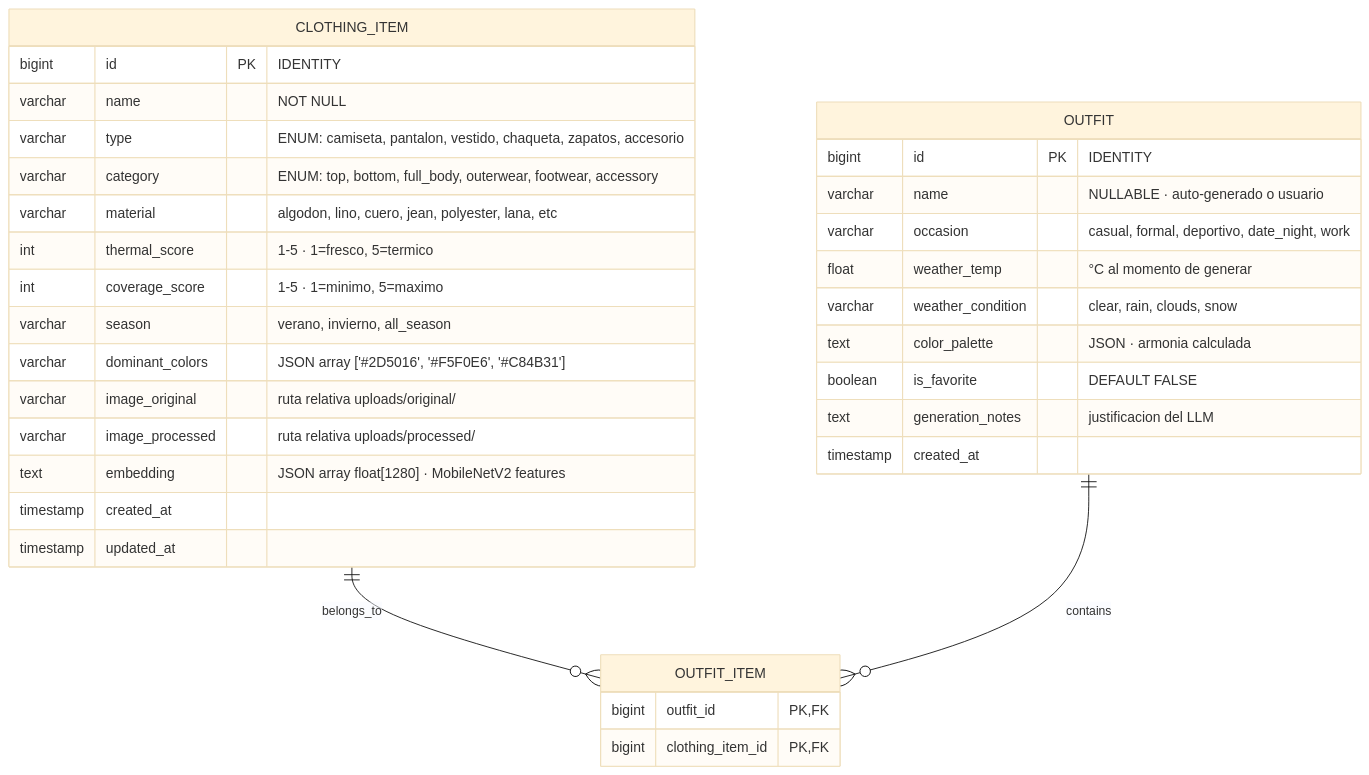
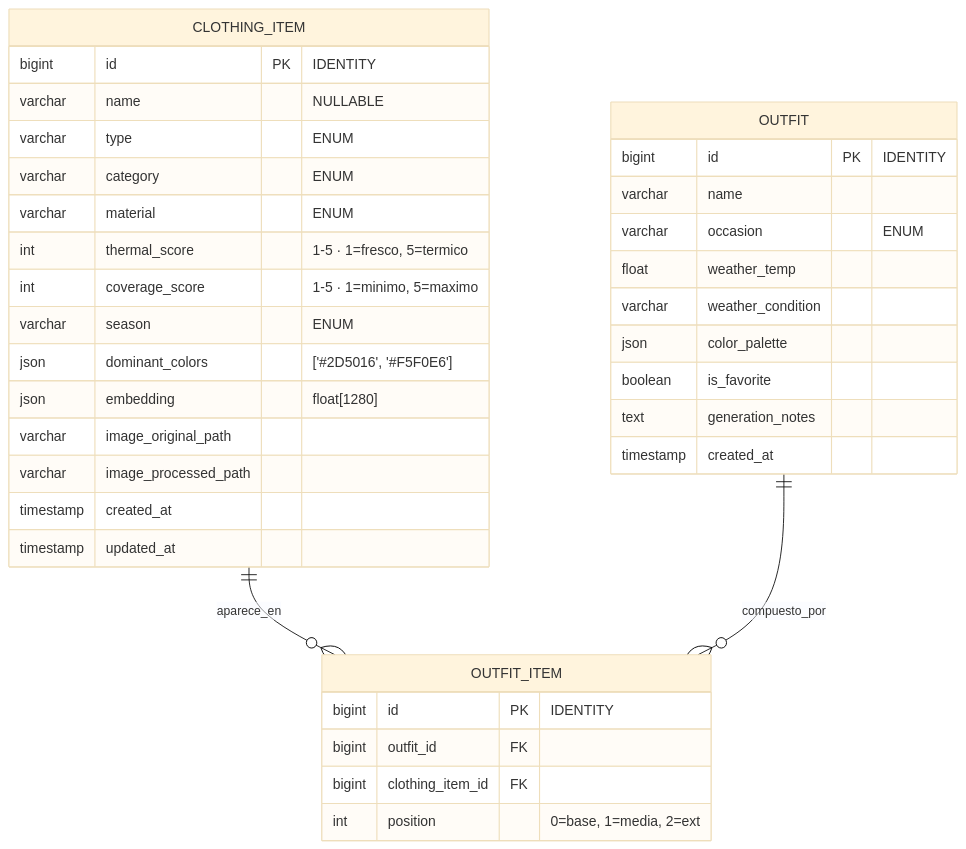
Before and after one commit to JkVely/Ofni-Maker: the third of 3 diagrams in README.md, drawn with Mermaid (base theme). The commit also changed other lines of this file, not shown here.

````diff
--- a/README.md
+++ b/README.md
@@ -100,39 +104,41 @@
 ```mermaid
 erDiagram
     CLOTHING_ITEM {
         bigint id PK "IDENTITY"
-        varchar name "NOT NULL"
-        varchar type "ENUM: camiseta, pantalon, vestido, chaqueta, zapatos, accesorio"
-        varchar category "ENUM: top, bottom, full_body, outerwear, footwear, accessory"
-        varchar material "algodon, lino, cuero, jean, polyester, lana, etc"
+        varchar name "NULLABLE"
+        varchar type "ENUM"
+        varchar category "ENUM"
+        varchar material "ENUM"
         int thermal_score "1-5 · 1=fresco, 5=termico"
         int coverage_score "1-5 · 1=minimo, 5=maximo"
-        varchar season "verano, invierno, all_season"
-        varchar dominant_colors "JSON array ['#2D5016', '#F5F0E6', '#C84B31']"
-        varchar image_original "ruta relativa uploads/original/"
-        varchar image_processed "ruta relativa uploads/processed/"
-        text embedding "JSON array float[1280] · MobileNetV2 features"
+        varchar season "ENUM"
+        json dominant_colors "['#2D5016', '#F5F0E6']"
+        json embedding "float[1280]"
+        varchar image_original_path
+        varchar image_processed_path
         timestamp created_at
         timestamp updated_at
     }
 
     OUTFIT {
         bigint id PK "IDENTITY"
-        varchar name "NULLABLE · auto-generado o usuario"
-        varchar occasion "casual, formal, deportivo, date_night, work"
-        float weather_temp "°C al momento de generar"
-        varchar weather_condition "clear, rain, clouds, snow"
-        text color_palette "JSON · armonia calculada"
-        boolean is_favorite "DEFAULT FALSE"
-        text generation_notes "justificacion del LLM"
+        varchar name
+        varchar occasion "ENUM"
+        float weather_temp
+        varchar weather_condition
+        json color_palette
+        boolean is_favorite
+        text generation_notes
         timestamp created_at
     }
 
     OUTFIT_ITEM {
-        bigint outfit_id PK, FK
-        bigint clothing_item_id PK, FK
+        bigint id PK "IDENTITY"
+        bigint outfit_id FK
+        bigint clothing_item_id FK
+        int position "0=base, 1=media, 2=ext"
     }
 
-    CLOTHING_ITEM ||--o{ OUTFIT_ITEM : "belongs_to"
-    OUTFIT ||--o{ OUTFIT_ITEM : "contains"
+    CLOTHING_ITEM ||--o{ OUTFIT_ITEM : "aparece_en"
+    OUTFIT ||--o{ OUTFIT_ITEM : "compuesto_por"
 ```
````
